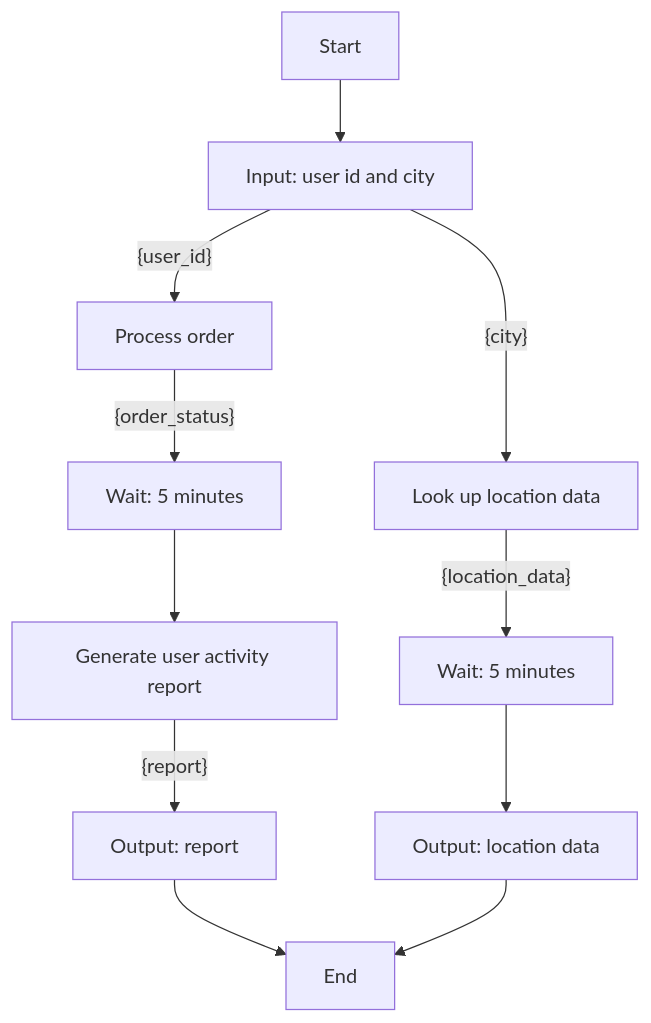
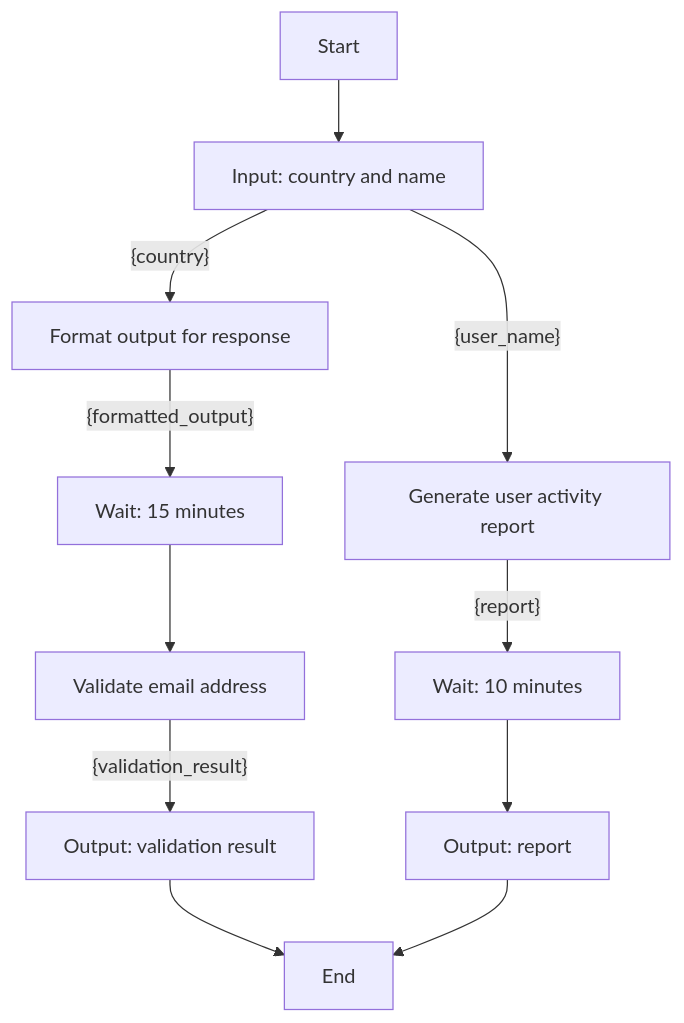
Before and after one commit to YJ-928/Temporal-Python-SDK: the diagram in poc-dsl-compiler/input/workflows/workflow_7.md, drawn with Mermaid. The commit also changed 46 other files, not shown here.

````diff
--- a/poc-dsl-compiler/input/workflows/workflow_7.md
+++ b/poc-dsl-compiler/input/workflows/workflow_7.md
@@ -1,13 +1,13 @@
 ```mermaid
 graph TD
-    A[Start] --> B[Input: user id and city]
-    B[Input: user id and city] -- {user_id} --> C[Process order]
-    C[Process order] -- {order_status} --> D[Wait: 5 minutes]
-    D[Wait: 5 minutes] --> E[Generate user activity report]
-    E[Generate user activity report] -- {report} --> F[Output: report]
-    F[Output: report] --> J[End]
-    B[Input: user id and city] -- {city} --> G[Look up location data]
-    G[Look up location data] -- {location_data} --> H[Wait: 5 minutes]
-    H[Wait: 5 minutes] --> I[Output: location data]
-    I[Output: location data] --> J[End]
+    A[Start] --> B[Input: country and name]
+    B[Input: country and name] -- {country} --> C[Format output for response]
+    C[Format output for response] -- {formatted_output} --> D[Wait: 15 minutes]
+    D[Wait: 15 minutes] --> E[Validate email address]
+    E[Validate email address] -- {validation_result} --> F[Output: validation result]
+    F[Output: validation result] --> J[End]
+    B[Input: country and name] -- {user_name} --> G[Generate user activity report]
+    G[Generate user activity report] -- {report} --> H[Wait: 10 minutes]
+    H[Wait: 10 minutes] --> I[Output: report]
+    I[Output: report] --> J[End]
 ```
````
